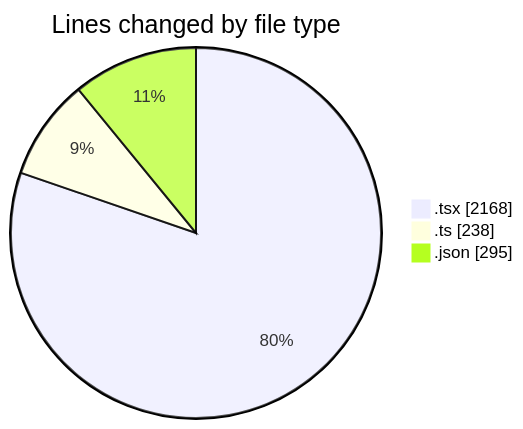
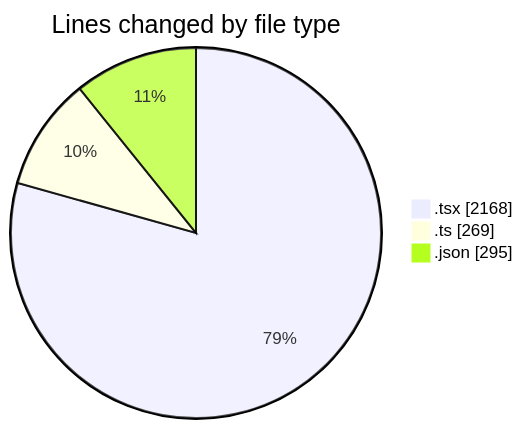
Before and after one commit to julien-gomy/code-tracking: the first of 2 diagrams in 2025-10-09/eventscop-frontend-guide__workspace_/README.md, drawn with Mermaid. The commit also changed other lines of this file and 1 other file, not shown here.

````diff
--- a/2025-10-09/eventscop-frontend-guide__workspace_/README.md
+++ b/2025-10-09/eventscop-frontend-guide__workspace_/README.md
@@ -32,7 +32,7 @@
 ```mermaid
 pie showData
 title Lines changed by file type
 ".tsx" : 2168
-".ts" : 238
+".ts" : 269
 ".json" : 295
 ```
````
